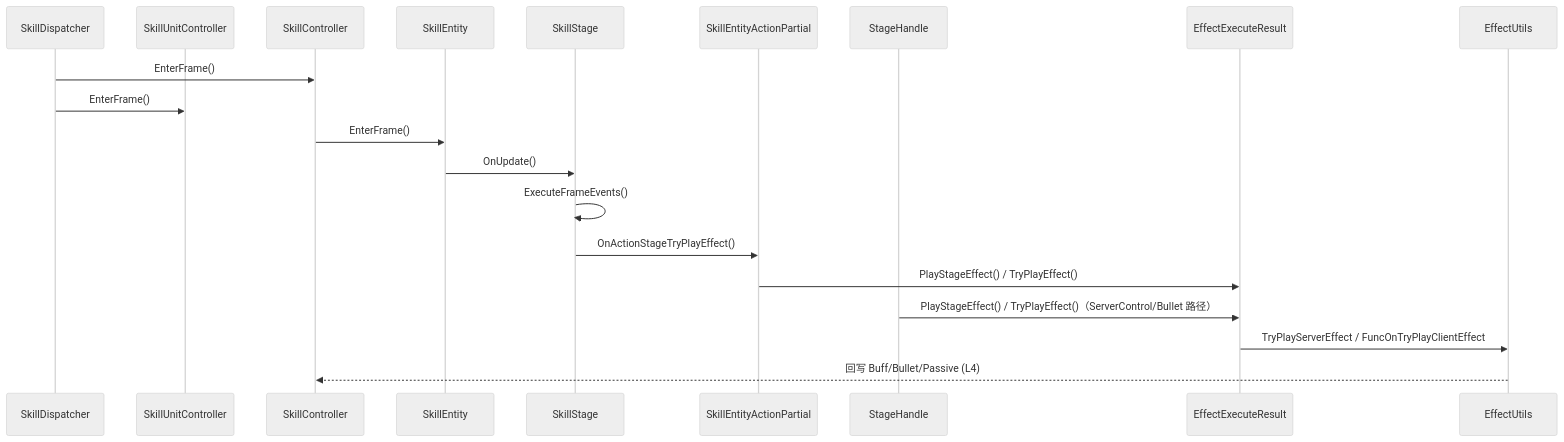
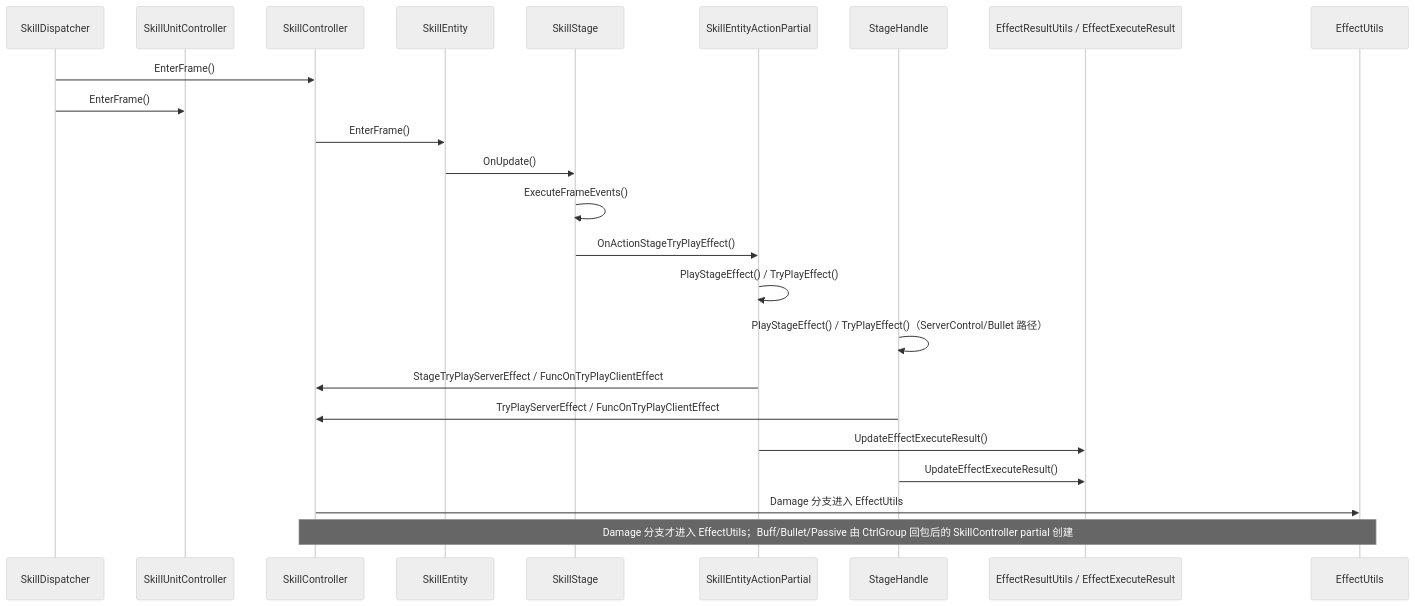
The second of 2 diagrams in diagrams/battle/L3A_SKILL_ENGINE_CORE.md (BoyLei/Stars), drawn with Mermaid (neutral theme) before and after one commit. The commit also changed other lines of this file and 15 other files, not shown here.

````diff
--- a/diagrams/battle/L3A_SKILL_ENGINE_CORE.md
+++ b/diagrams/battle/L3A_SKILL_ENGINE_CORE.md
@@ -68,22 +69,26 @@
 ```mermaid
 sequenceDiagram
     participant D as SkillDispatcher
     participant UC as SkillUnitController
     participant C as SkillController
     participant SE as SkillEntity
     participant S as SkillStage
     participant A as SkillEntityActionPartial
     participant H as StageHandle
-    participant R as EffectExecuteResult
+    participant R as EffectResultUtils / EffectExecuteResult
     participant E as EffectUtils
     D->>C: EnterFrame()
     D->>UC: EnterFrame()
     C->>SE: EnterFrame()
     SE->>S: OnUpdate()
     S->>S: ExecuteFrameEvents()
     S->>A: OnActionStageTryPlayEffect()
-    A->>R: PlayStageEffect() / TryPlayEffect()
-    H->>R: PlayStageEffect() / TryPlayEffect()（ServerControl/Bullet 路径）
-    R->>E: TryPlayServerEffect / FuncOnTryPlayClientEffect
-    E-->>C: 回写 Buff/Bullet/Passive (L4)
+    A->>A: PlayStageEffect() / TryPlayEffect()
+    H->>H: PlayStageEffect() / TryPlayEffect()（ServerControl/Bullet 路径）
+    A->>C: StageTryPlayServerEffect / FuncOnTryPlayClientEffect
+    H->>C: TryPlayServerEffect / FuncOnTryPlayClientEffect
+    A->>R: UpdateEffectExecuteResult()
+    H->>R: UpdateEffectExecuteResult()
+    C->>E: Damage 分支进入 EffectUtils
+    Note over C,E: Damage 分支才进入 EffectUtils；Buff/Bullet/Passive 由 CtrlGroup 回包后的 SkillController partial 创建
 ```
````
